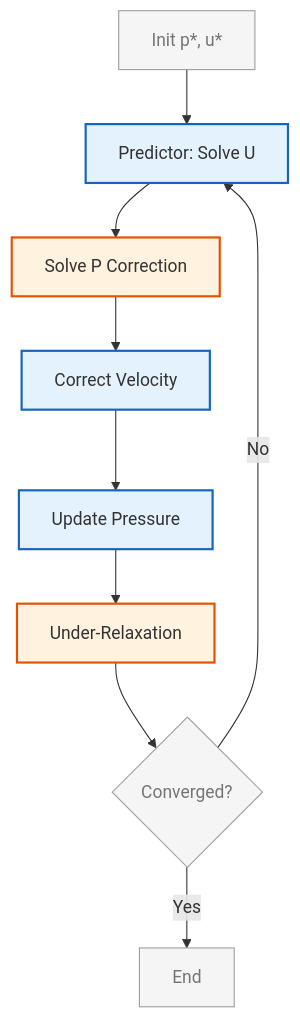
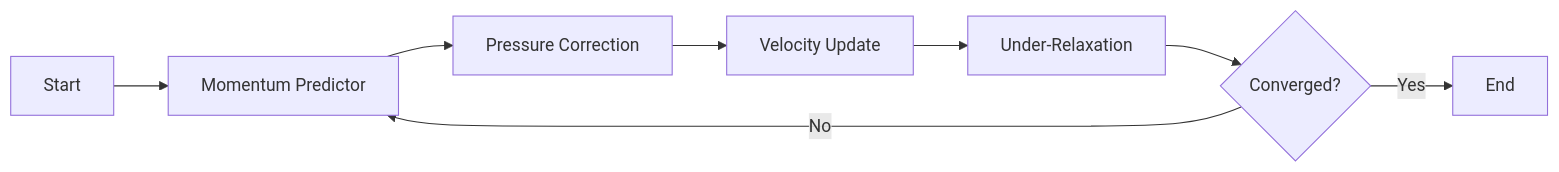
One commit to wramet/build-my-cfd changed the diagram in MODULE_03_SINGLE_PHASE_FLOW/CONTENT/02_PRESSURE_VELOCITY_COUPLING/02_SIMPLE_Algorithm.md. Above: the diagram before and after it, drawn with Mermaid. The commit also changed other lines of this file and 384 other files, not shown here.

````diff
--- a/MODULE_03_SINGLE_PHASE_FLOW/CONTENT/02_PRESSURE_VELOCITY_COUPLING/02_SIMPLE_Algorithm.md
+++ b/MODULE_03_SINGLE_PHASE_FLOW/CONTENT/02_PRESSURE_VELOCITY_COUPLING/02_SIMPLE_Algorithm.md
@@ -121,16 +11,10 @@
 ```mermaid
-flowchart TD
-%% Classes
-classDef explicit fill:#fff3e0,stroke:#e65100,stroke-width:2px;
-classDef implicit fill:#e3f2fd,stroke:#1565c0,stroke-width:2px;
-classDef context fill:#f5f5f5,stroke:#9e9e9e,stroke-width:1px,color:#757575;
-%% Nodes
-A[Init p*, u*]:::context --> B[Predictor: Solve U]:::implicit
-B --> C[Solve P Correction]:::explicit
-C --> D[Correct Velocity]:::implicit
-D --> E[Update Pressure]:::implicit
-E --> F[Under-Relaxation]:::explicit
-F --> G{Converged?}:::context
-G -->|No| B
-G -->|Yes| H[End]:::context
+flowchart LR
+    A[Start] --> B[Momentum Predictor]
+    B --> C[Pressure Correction]
+    C --> D[Velocity Update]
+    D --> E[Under-Relaxation]
+    E --> F{Converged?}
+    F -->|No| B
+    F -->|Yes| G[End]
 ```
````
